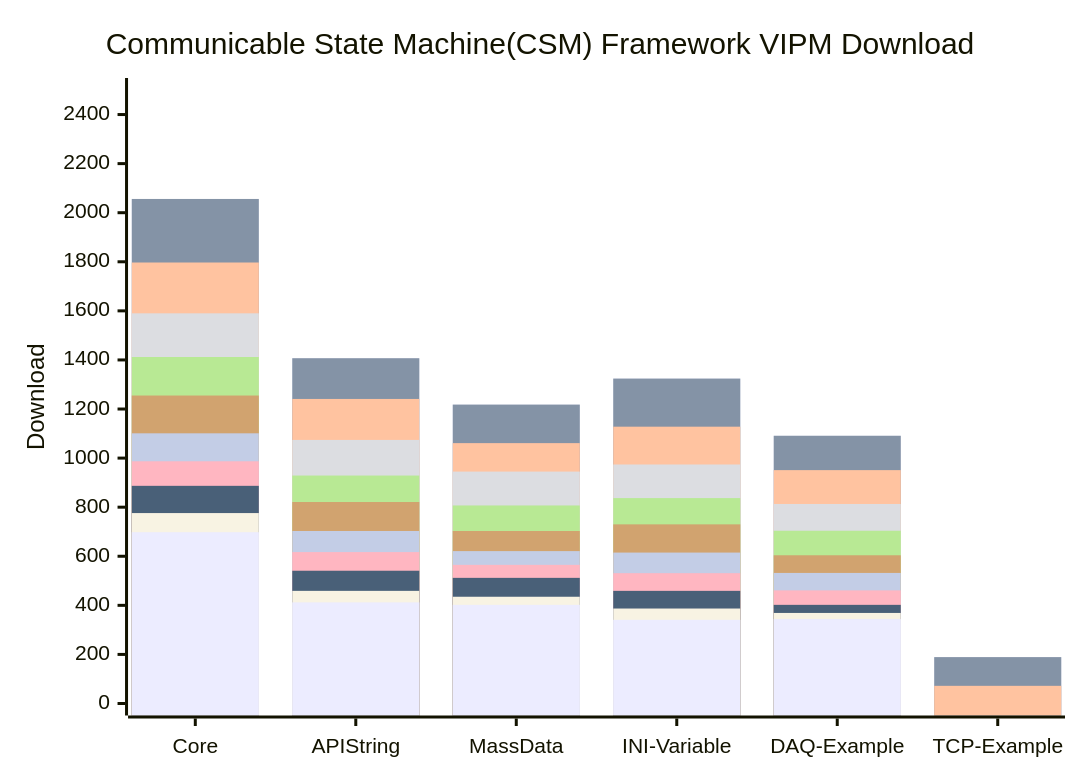
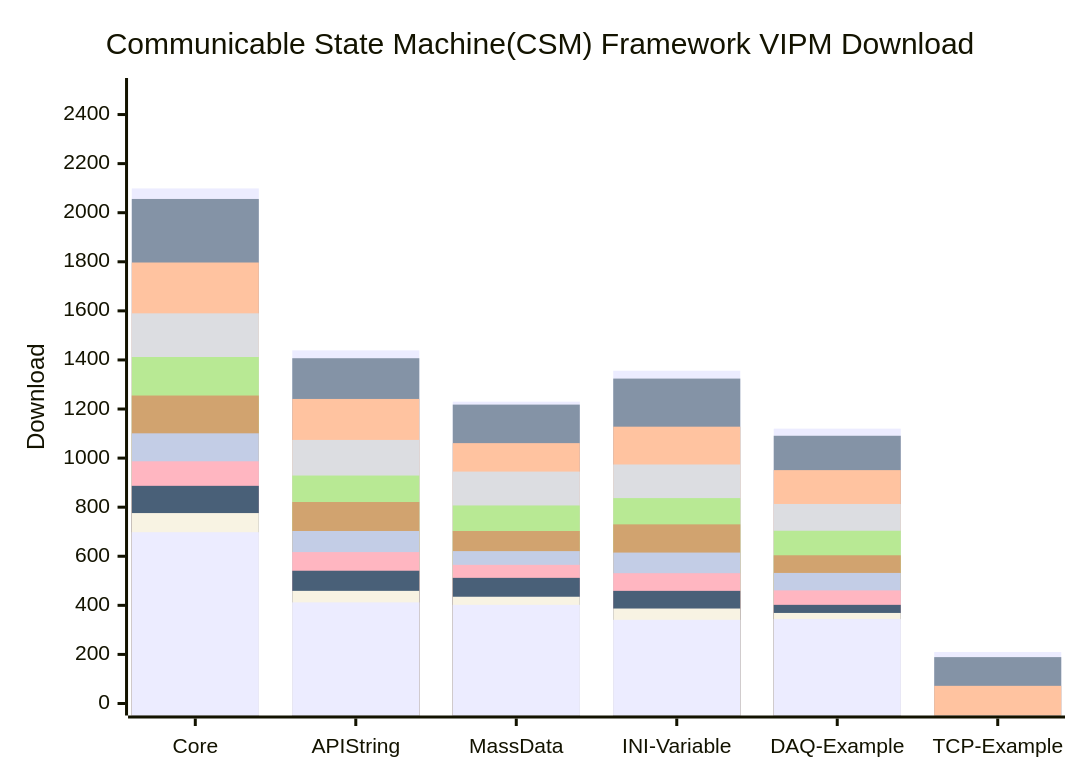
Before and after one commit to NEVSTOP-LAB/.github: the diagram in profile/README.md, drawn with Mermaid.

````diff
--- a/profile/README.md
+++ b/profile/README.md
@@ -31,17 +31,17 @@
 ```mermaid
     xychart-beta
     title "Communicable State Machine(CSM) Framework VIPM Download"
     x-axis [Core, API String, MassData, INI-Variable, DAQ-Example, TCP-Example]
     y-axis "Download" 0 --> 2500
-    bar   [2056, 1407, 1218, 1324, 1091, 189]
+    bar   [2099, 1439, 1230, 1356, 1120, 210]
     bar   [2056, 1407, 1218, 1324, 1091, 189]
     bar   [1797, 1241, 1061, 1128, 951, 72]
     bar   [1590, 1074, 945, 974, 813]
     bar   [1412, 929, 807, 837, 704]
     bar   [1255, 821, 703, 730, 604]
     bar   [1101, 703, 621, 615, 532]
     bar   [987, 617, 565, 531, 461]
     bar   [887, 541, 512, 459, 402]
     bar   [776, 459, 435, 387, 369]
     bar   [698, 412, 402, 341, 344]
 ```
````
